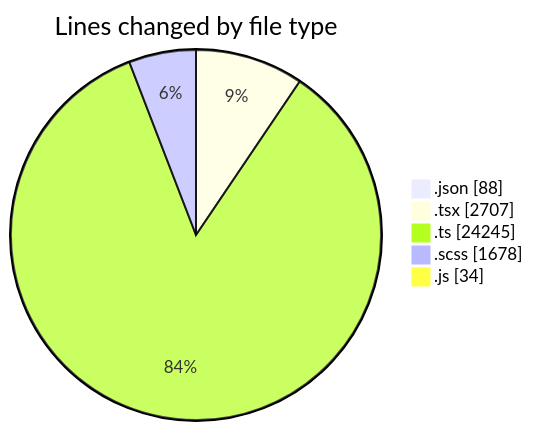
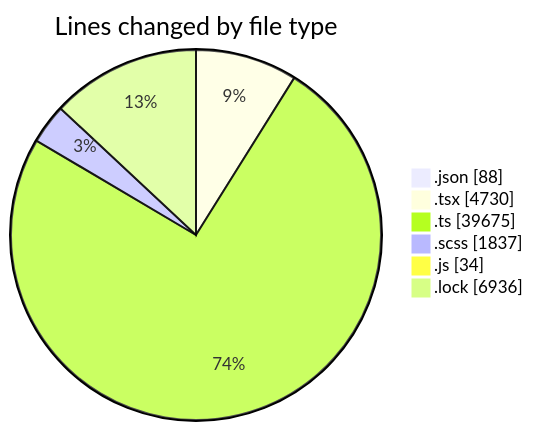
One commit to momahboobian/code-tracking changed the first of 2 diagrams in 2026-10-22/cda/README.md. Above: the diagram before and after it, drawn with Mermaid. The commit also changed other lines of this file and 1 other file, not shown here.

````diff
--- a/2026-10-22/cda/README.md
+++ b/2026-10-22/cda/README.md
@@ -39,9 +51,10 @@
 ```mermaid
 pie showData
 title Lines changed by file type
 ".json" : 88
-".tsx" : 2707
-".ts" : 24245
-".scss" : 1678
+".tsx" : 4730
+".ts" : 39675
+".scss" : 1837
 ".js" : 34
+".lock" : 6936
 ```
````
